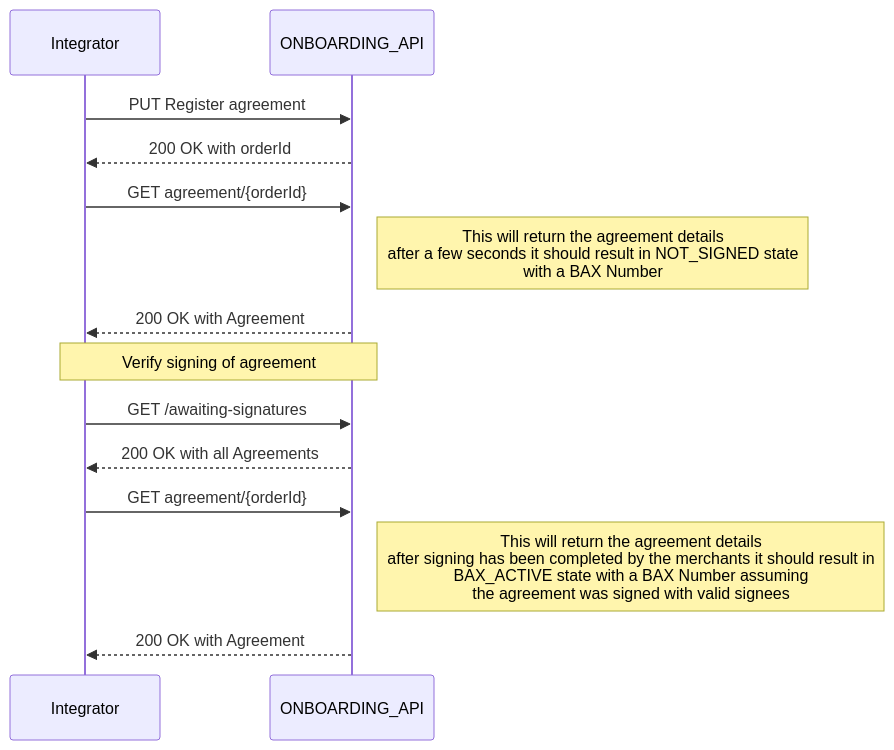
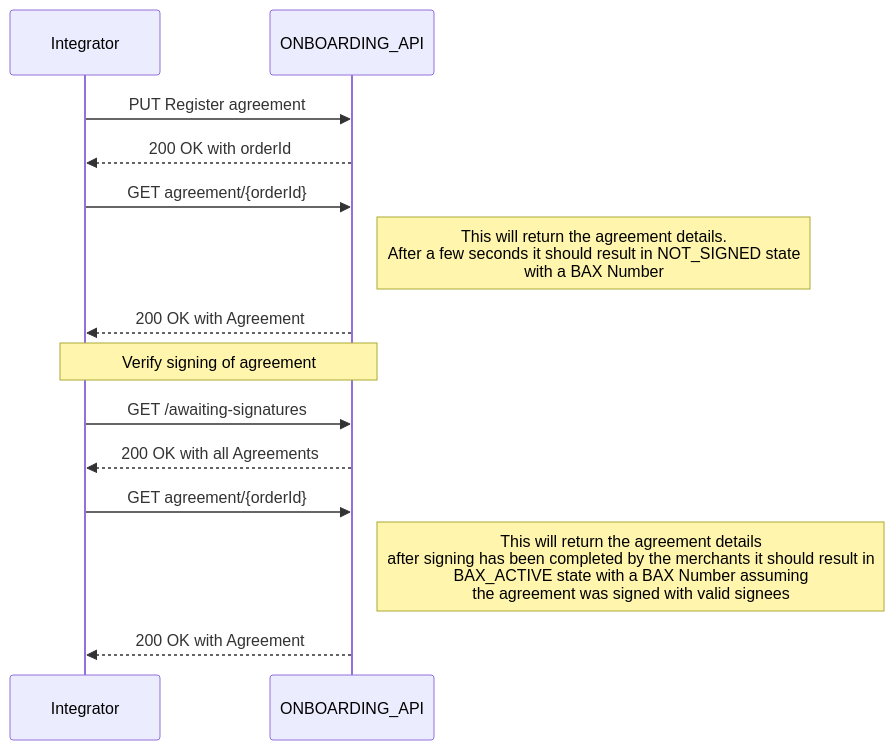
Before and after one commit to BankAxept/bankaxept-onboarding-external-documentation: the first of 5 diagrams in docs/getting_started.md, drawn with Mermaid. The commit also changed other lines of this file, not shown here.

````diff
--- a/docs/getting_started.md
+++ b/docs/getting_started.md
@@ -21,18 +21,18 @@
 ```mermaid
 sequenceDiagram
 participant I as Integrator
 participant O as ONBOARDING_API
 
 I ->> O: PUT Register agreement
 O -->> I: 200 OK with orderId
 I ->> O : GET agreement/{orderId}
 
-note right of O: This will return the agreement details <br/> after a few seconds it should result in NOT_SIGNED state <br/> with a BAX Number
+note right of O: This will return the agreement details. <br/> After a few seconds it should result in NOT_SIGNED state <br/> with a BAX Number
 O -->> I: 200 OK with Agreement
 note over I, O: Verify signing of agreement
 I ->> O: GET /awaiting-signatures
 O -->> I: 200 OK with all Agreements
 I ->> O : GET agreement/{orderId}
-note right of O: This will return the agreement details <br/> after signing has been completed by the merchants  it should result in <br/> BAX_ACTIVE state with a BAX Number assuming <br/> the agreement was signed with valid signees
+note right of O: This will return the agreement details <br/> after signing has been completed by the merchants it should result in <br/> BAX_ACTIVE state with a BAX Number assuming <br/> the agreement was signed with valid signees
 O -->> I: 200 OK with Agreement
 ```
````
